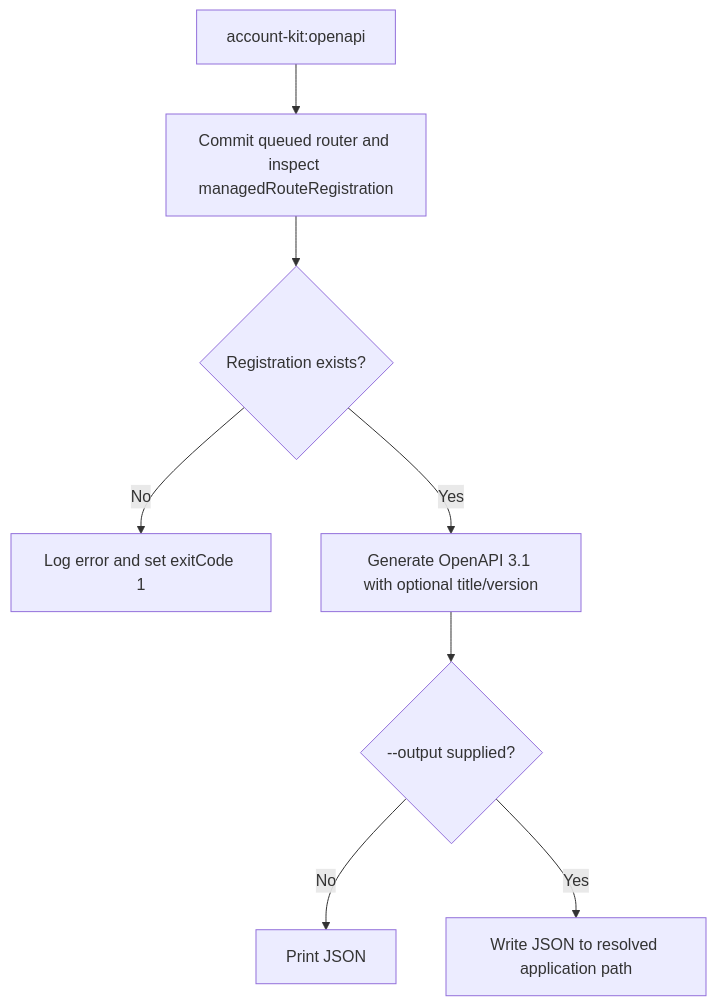
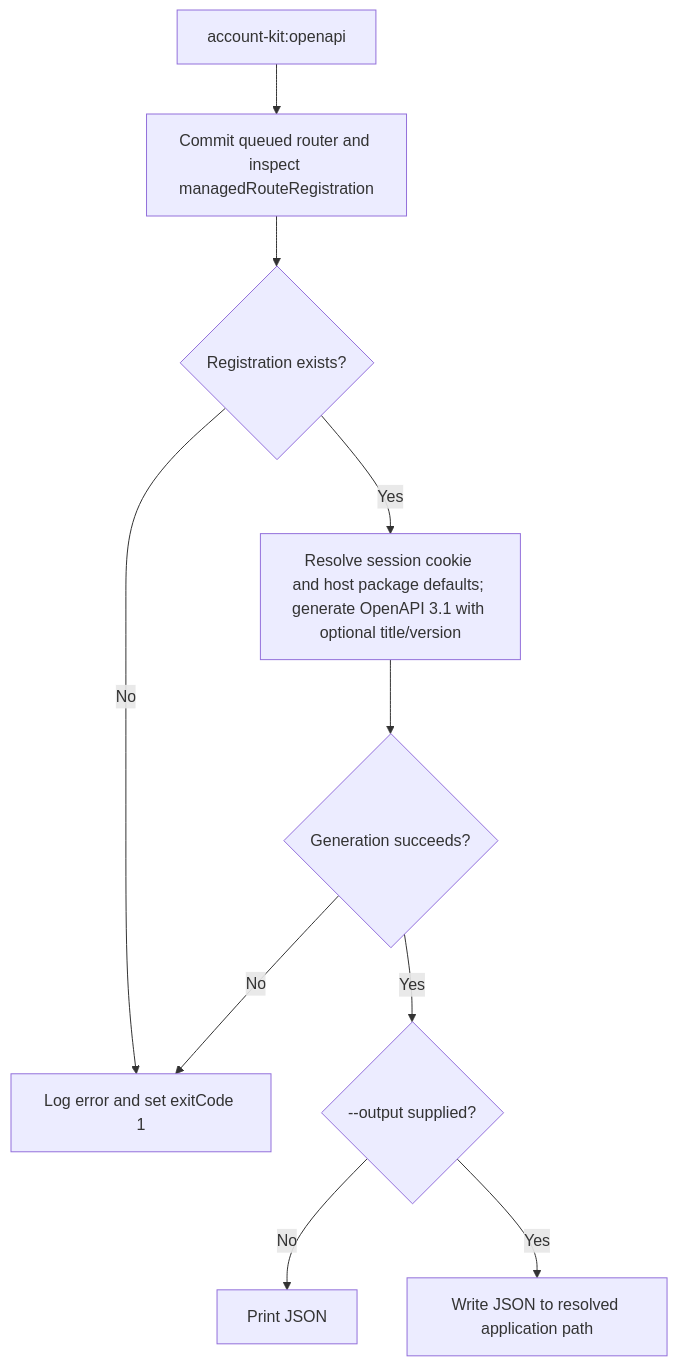
Before and after one commit to Kevinjohn/oss-adonisjs-account-kit: the second of 2 diagrams in user-stories/US-ACCOUNT-30-generate-openapi.md, drawn with Mermaid. The commit also changed 43 other files, not shown here.

````diff
--- a/user-stories/US-ACCOUNT-30-generate-openapi.md
+++ b/user-stories/US-ACCOUNT-30-generate-openapi.md
@@ -32,10 +32,12 @@
 ```mermaid
 flowchart TD
  A["account-kit:openapi"] --> B["Commit queued router and inspect managedRouteRegistration"]
  B --> C{"Registration exists?"}
  C -->|No| D["Log error and set exitCode 1"]
- C -->|Yes| E["Generate OpenAPI 3.1 with optional title/version"]
- E --> F{"--output supplied?"}
+ C -->|Yes| E["Resolve session cookie and host package defaults; generate OpenAPI 3.1 with optional title/version"]
+ E --> V{"Generation succeeds?"}
+ V -->|No| D
+ V -->|Yes| F{"--output supplied?"}
  F -->|No| G["Print JSON"]
  F -->|Yes| H["Write JSON to resolved application path"]
 ```
````
